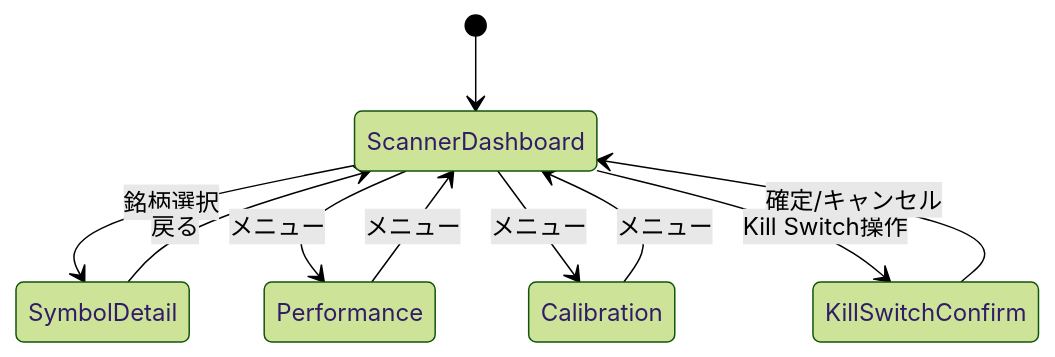
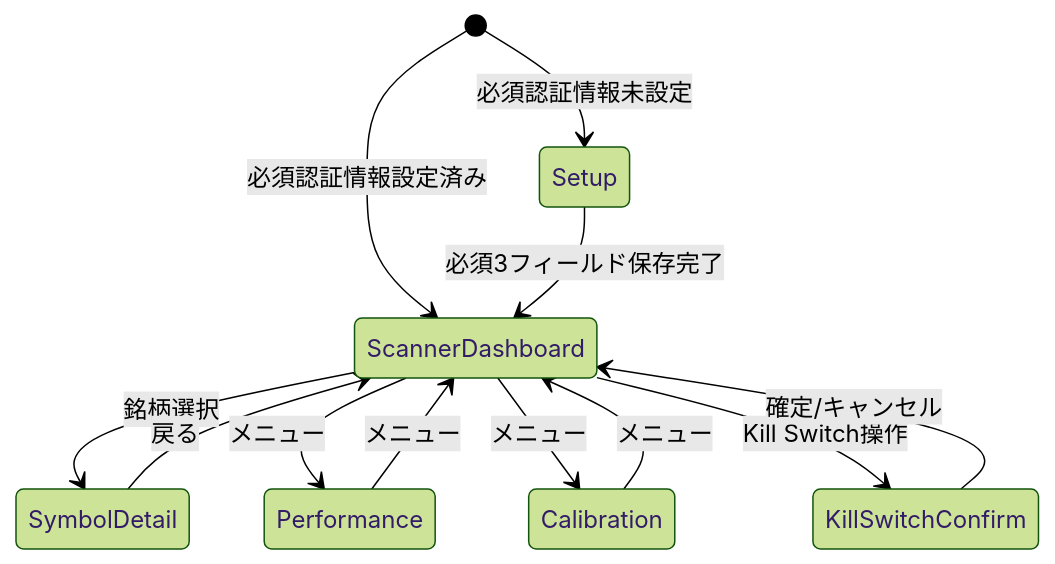
One commit to ousiassllc/pitha-trador changed the third of 3 diagrams in docs/requirements/functional.md. Above: the diagram before and after it, drawn with Mermaid (forest theme). The commit also changed other lines of this file and 3 other files, not shown here.

````diff
--- a/docs/requirements/functional.md
+++ b/docs/requirements/functional.md
@@ -273,12 +285,14 @@
 ```mermaid
 stateDiagram-v2
-    [*] --> ScannerDashboard
+    [*] --> Setup: 必須認証情報未設定
+    [*] --> ScannerDashboard: 必須認証情報設定済み
+    Setup --> ScannerDashboard: 必須3フィールド保存完了
     ScannerDashboard --> SymbolDetail: 銘柄選択
     SymbolDetail --> ScannerDashboard: 戻る
     ScannerDashboard --> Performance: メニュー
     ScannerDashboard --> Calibration: メニュー
     Performance --> ScannerDashboard: メニュー
     Calibration --> ScannerDashboard: メニュー
     ScannerDashboard --> KillSwitchConfirm: Kill Switch操作
     KillSwitchConfirm --> ScannerDashboard: 確定/キャンセル
 ```
````
